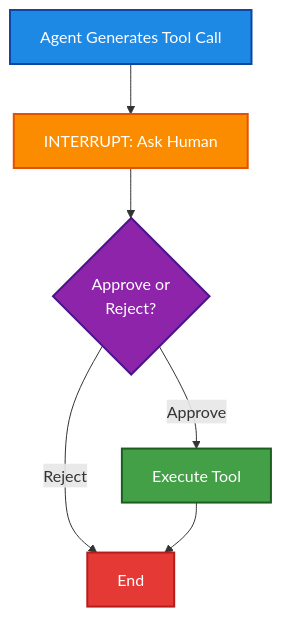
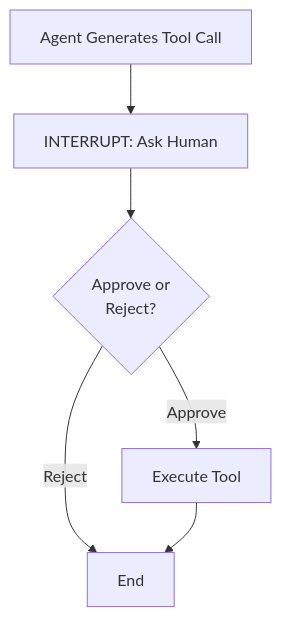
Before and after one commit to roihezkiyahu/HITL-demo: the first of 2 diagrams in blog_post.md, drawn with Mermaid. The commit also changed other lines of this file and 2 other files, not shown here.

````diff
--- a/blog_post.md
+++ b/blog_post.md
@@ -43,14 +45,9 @@
 ```mermaid
 graph TD
     A["Agent Generates Tool Call"] --> B["INTERRUPT: Ask Human"]
     B --> C{"Approve or<br/>Reject?"}
     C -->|Approve| D["Execute Tool"]
     C -->|Reject| E["End"]
     D --> E
-    
-    style A fill:#1e88e5,stroke:#0d47a1,stroke-width:2px,color:#fff
-    style B fill:#fb8c00,stroke:#e65100,stroke-width:2px,color:#fff
-    style C fill:#8e24aa,stroke:#4a148c,stroke-width:2px,color:#fff
-    style D fill:#43a047,stroke:#1b5e20,stroke-width:2px,color:#fff
-    style E fill:#e53935,stroke:#b71c1c,stroke-width:2px,color:#fff
+
 ```
````
